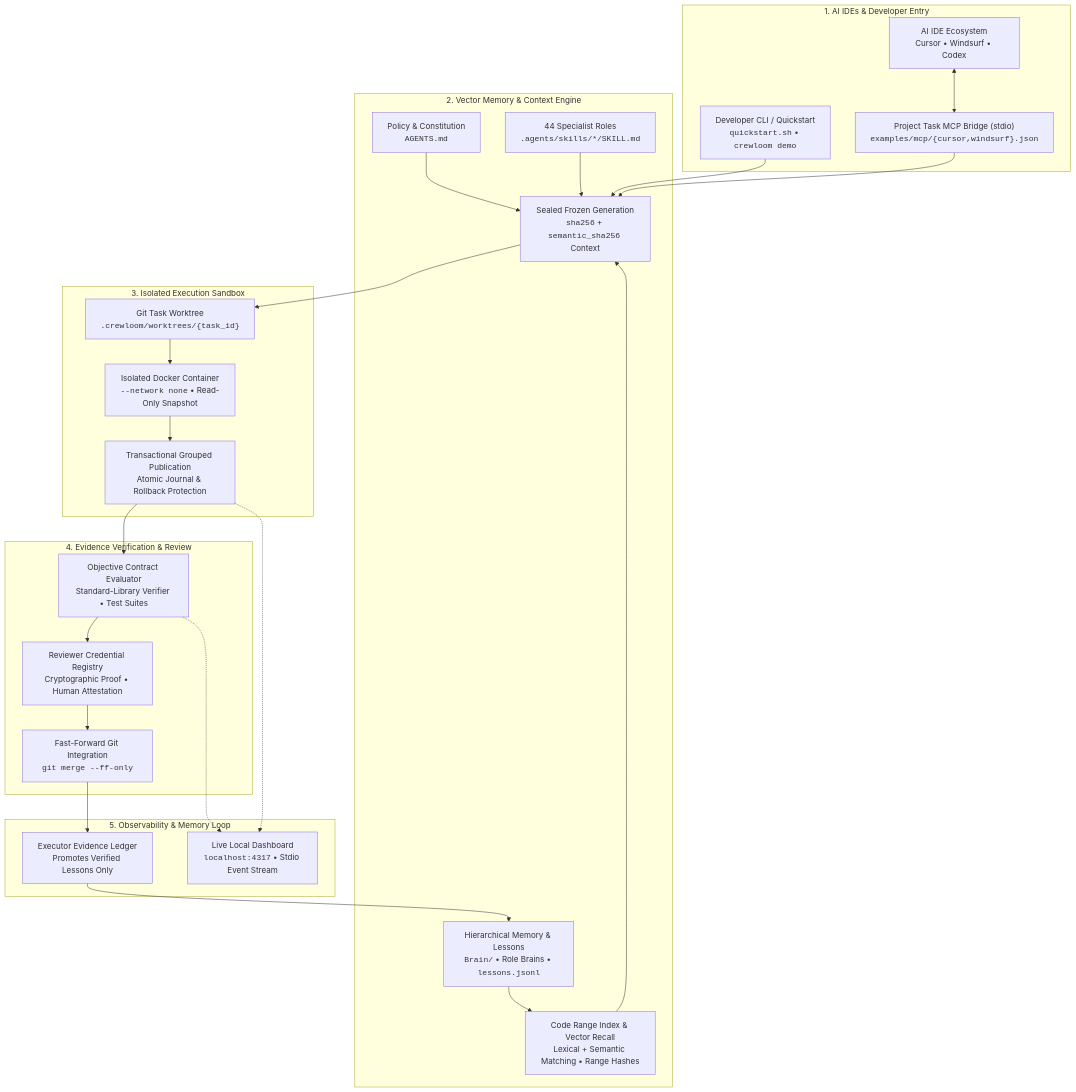
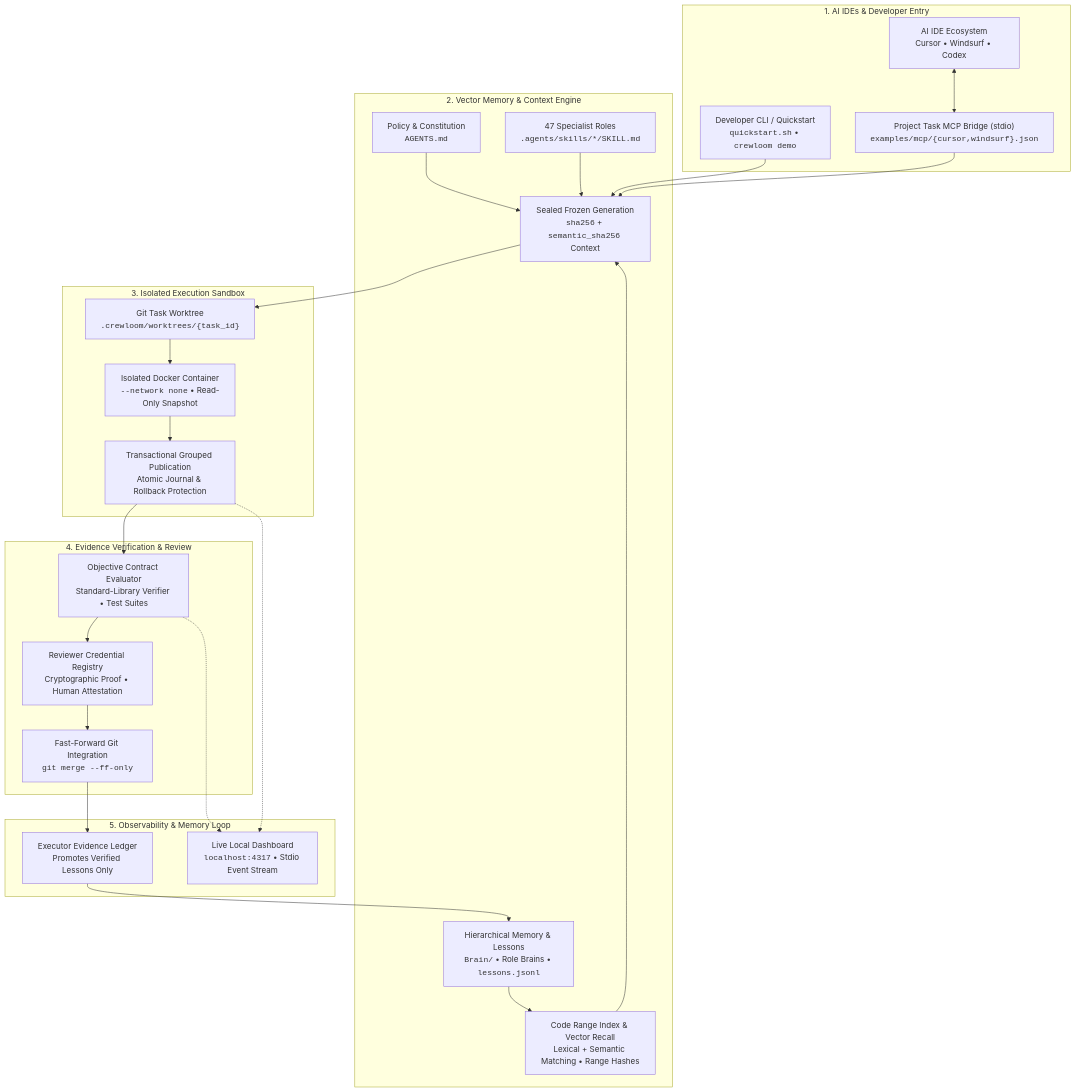
Before and after one commit to crewloom/crewloom: the diagram in README.md, drawn with Mermaid. The commit also changed other lines of this file and 50 other files, not shown here.

````diff
--- a/README.md
+++ b/README.md
@@ -40,54 +40,54 @@
 ```mermaid
 flowchart TD
     subgraph IDE ["1. AI IDEs & Developer Entry"]
         CLI["Developer CLI / Quickstart<br/><code>quickstart.sh</code> • <code>crewloom demo</code>"]
         IDEs["AI IDE Ecosystem<br/>Cursor • Windsurf • Codex"]
         MCP["Project Task MCP Bridge (stdio)<br/><code>examples/mcp/{cursor,windsurf}.json</code>"]
         IDEs <--> MCP
     end
 
     subgraph Memory ["2. Vector Memory & Context Engine"]
         Rules["Policy & Constitution<br/><code>AGENTS.md</code>"]
-        Roles["44 Specialist Roles<br/><code>.agents/skills/*/SKILL.md</code>"]
+        Roles["47 Specialist Roles<br/><code>.agents/skills/*/SKILL.md</code>"]
         Brain["Hierarchical Memory & Lessons<br/><code>Brain/</code> • Role Brains • <code>lessons.jsonl</code>"]
         Indexer["Code Range Index & Vector Recall<br/>Lexical + Semantic Matching • Range Hashes"]
         FrozenGen["Sealed Frozen Generation<br/><code>sha256</code> + <code>semantic_sha256</code> Context"]
         
         Rules --> FrozenGen
         Roles --> FrozenGen
         Brain --> Indexer
         Indexer --> FrozenGen
     end
 
     subgraph Sandbox ["3. Isolated Execution Sandbox"]
         Worktree["Git Task Worktree<br/><code>.crewloom/worktrees/{task_id}</code>"]
         Docker["Isolated Docker Container<br/><code>--network none</code> • Read-Only Snapshot"]
         Journal["Transactional Grouped Publication<br/>Atomic Journal & Rollback Protection"]
         
         Worktree --> Docker
         Docker --> Journal
     end
 
     subgraph Verification ["4. Evidence Verification & Review"]
         Gate["Objective Contract Evaluator<br/>Standard-Library Verifier • Test Suites"]
         Reviewer["Reviewer Credential Registry<br/>Cryptographic Proof • Human Attestation"]
         GitMerge["Fast-Forward Git Integration<br/><code>git merge --ff-only</code>"]
         
         Journal --> Gate
         Gate --> Reviewer
         Reviewer --> GitMerge
     end
 
     subgraph Feedback ["5. Observability & Memory Loop"]
         Dashboard["Live Local Dashboard<br/><code>localhost:4317</code> • Stdio Event Stream"]
         Evidence["Executor Evidence Ledger<br/>Promotes Verified Lessons Only"]
     end
 
     CLI --> FrozenGen
     MCP --> FrozenGen
     FrozenGen --> Worktree
     GitMerge --> Evidence
     Evidence --> Brain
     Gate -.-> Dashboard
     Journal -.-> Dashboard
 ```
````
